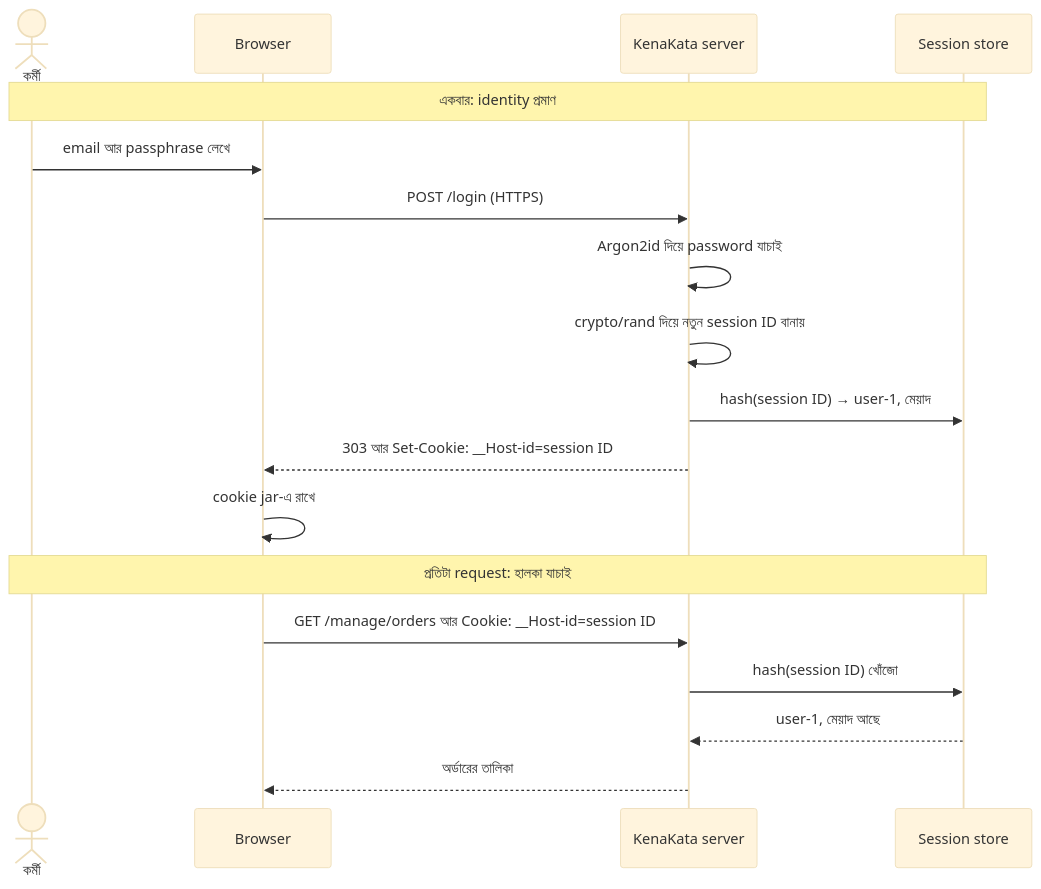
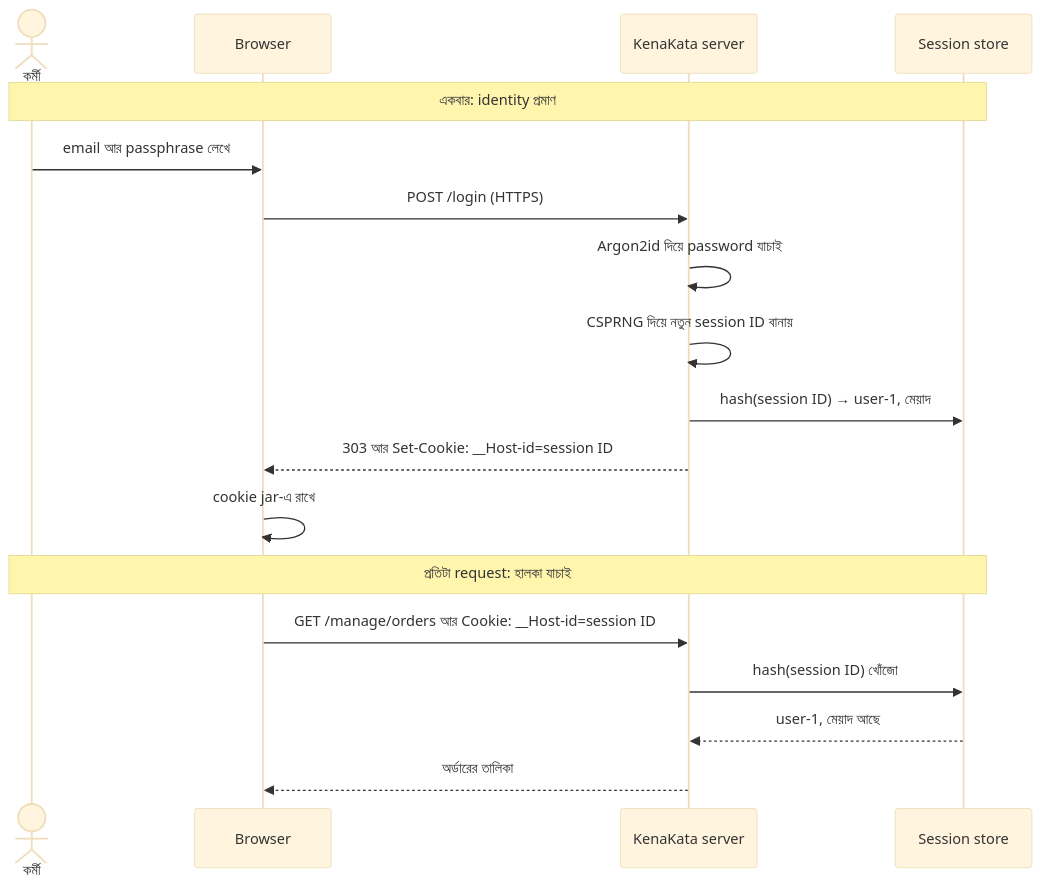
The second of 8 diagrams in series/season-1-browser-session-token/04-session-and-cookie/README.md (shomi-khan/auth-security-journey), drawn with Mermaid (base theme) before and after one commit. The commit also changed other lines of this file, not shown here.

````diff
--- a/series/season-1-browser-session-token/04-session-and-cookie/README.md
+++ b/series/season-1-browser-session-token/04-session-and-cookie/README.md
@@ -153,22 +153,22 @@
 ```mermaid
 sequenceDiagram
     actor Staff as কর্মী
     participant B as Browser
     participant S as KenaKata server
     participant St as Session store
 
     Note over Staff,St: একবার: identity প্রমাণ
     Staff->>B: email আর passphrase লেখে
     B->>S: POST /login (HTTPS)
     S->>S: Argon2id দিয়ে password যাচাই
-    S->>S: crypto/rand দিয়ে নতুন session ID বানায়
+    S->>S: CSPRNG দিয়ে নতুন session ID বানায়
     S->>St: hash(session ID) → user-1, মেয়াদ
     S-->>B: 303 আর Set-Cookie: __Host-id=session ID
     B->>B: cookie jar-এ রাখে
 
     Note over Staff,St: প্রতিটা request: হালকা যাচাই
     B->>S: GET /manage/orders আর Cookie: __Host-id=session ID
     S->>St: hash(session ID) খোঁজো
     St-->>S: user-1, মেয়াদ আছে
     S-->>B: অর্ডারের তালিকা
 ```
````
